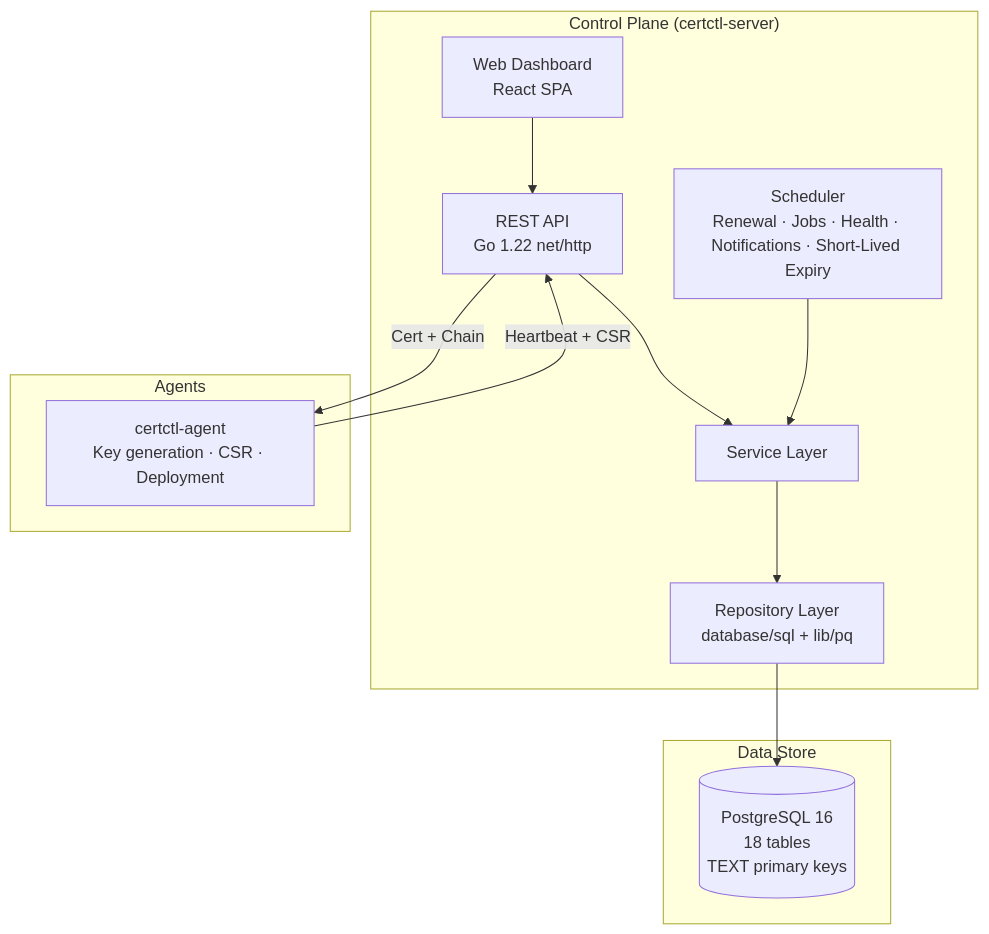
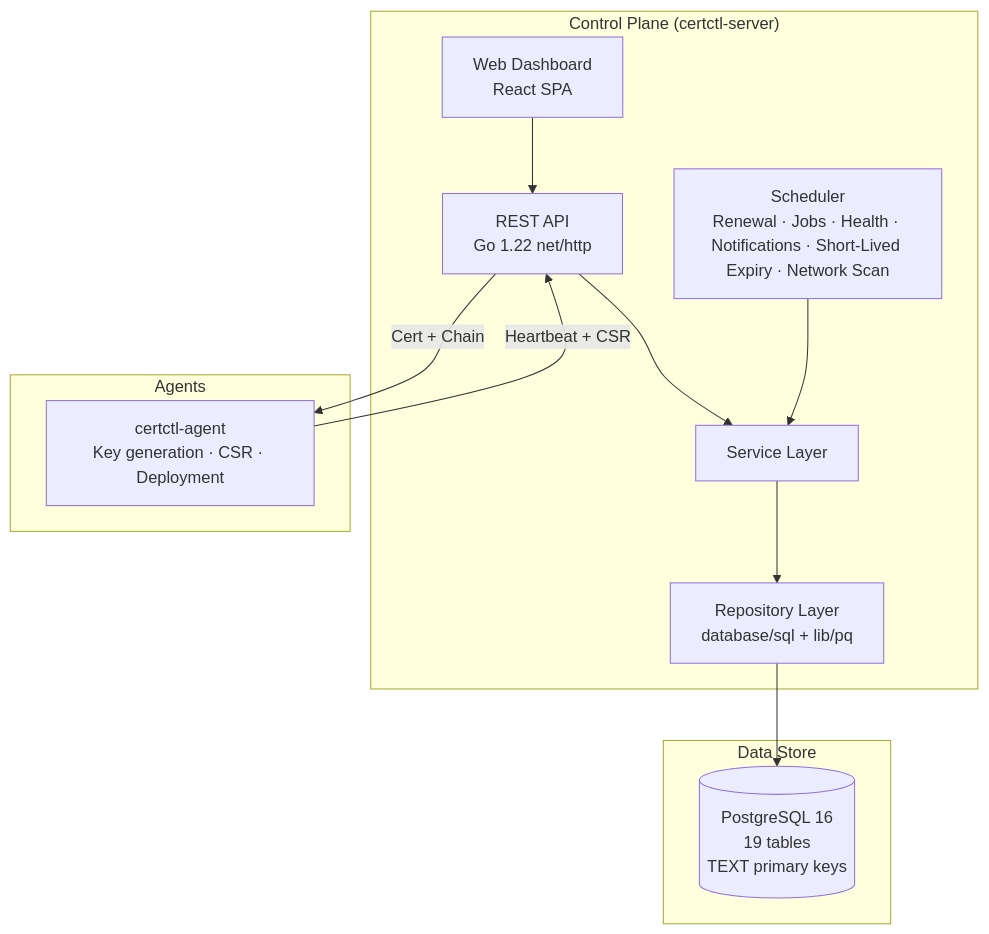
Before and after one commit to certctl-io/certctl: the second of 2 diagrams in README.md, drawn with Mermaid. The commit also changed other lines of this file and 2 other files, not shown here.

````diff
--- a/README.md
+++ b/README.md
@@ -109,24 +109,24 @@
 ```mermaid
 flowchart TB
     subgraph "Control Plane (certctl-server)"
         DASH["Web Dashboard\nReact SPA"]
         API["REST API\nGo 1.22 net/http"]
         SVC["Service Layer"]
         REPO["Repository Layer\ndatabase/sql + lib/pq"]
-        SCHED["Scheduler\nRenewal · Jobs · Health · Notifications · Short-Lived Expiry"]
+        SCHED["Scheduler\nRenewal · Jobs · Health · Notifications · Short-Lived Expiry · Network Scan"]
     end
 
     subgraph "Data Store"
-        PG[("PostgreSQL 16\n18 tables\nTEXT primary keys")]
+        PG[("PostgreSQL 16\n19 tables\nTEXT primary keys")]
     end
 
     subgraph "Agents"
         AG["certctl-agent\nKey generation · CSR · Deployment"]
     end
 
     DASH --> API
     API --> SVC --> REPO --> PG
     SCHED --> SVC
     AG -->|"Heartbeat + CSR"| API
     API -->|"Cert + Chain"| AG
 ```
````
